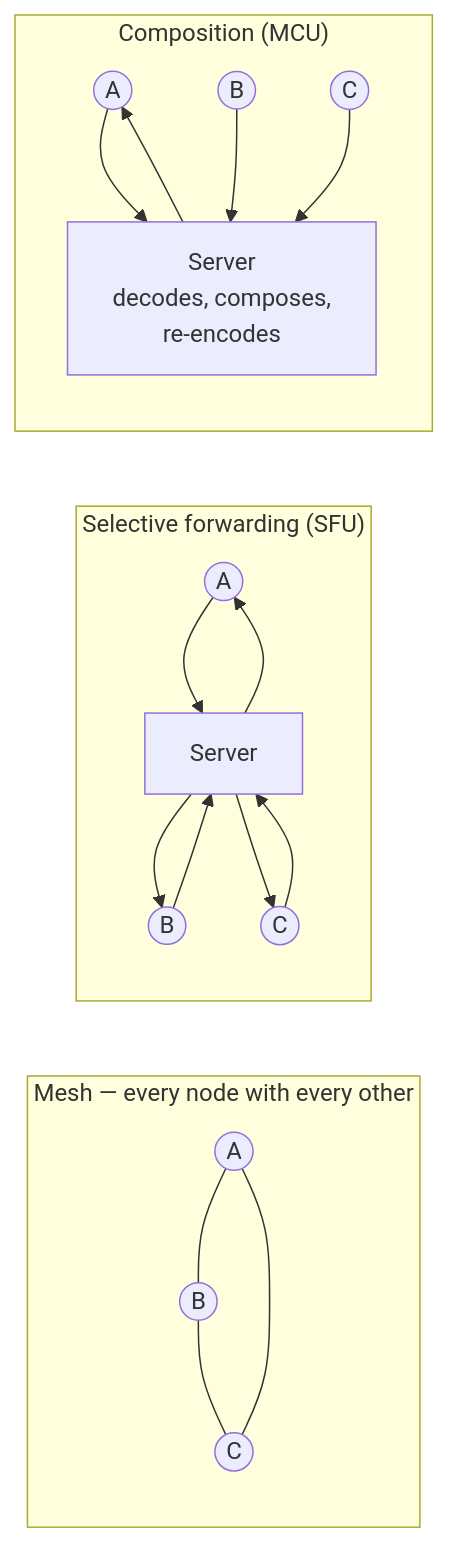
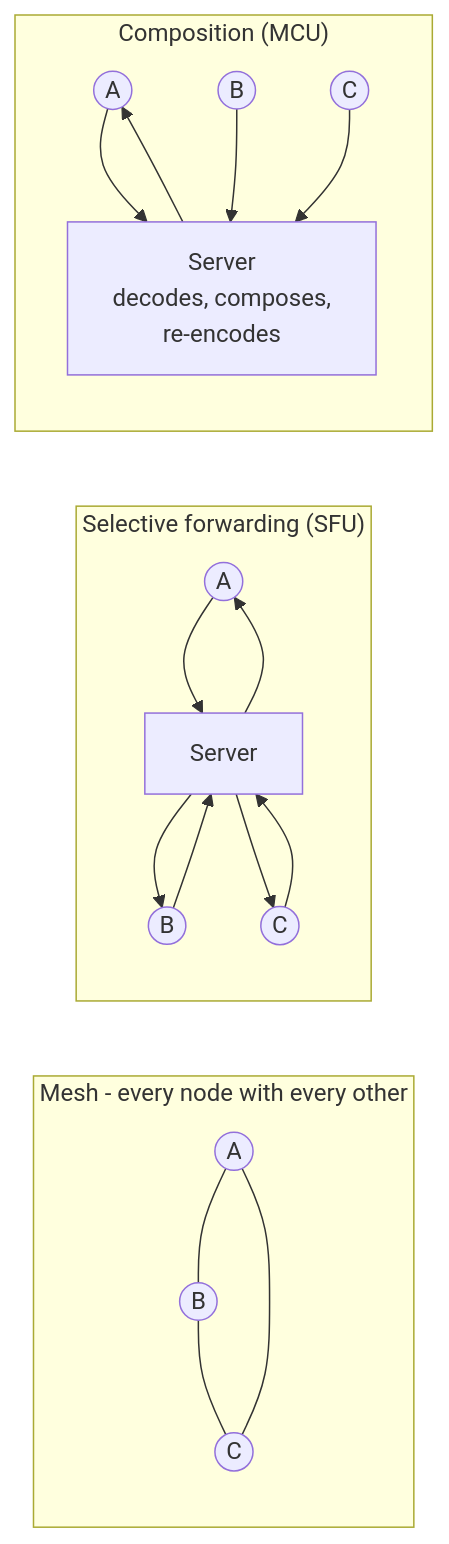
The fifth of 5 diagrams in website/i18n/en/docusaurus-plugin-content-docs/current/10_fondamenti/08-webrtc-da-zero.md (fedcal/Telemedic), drawn with Mermaid before and after one commit. The commit also changed other lines of this file and 301 other files, not shown here.

````diff
--- a/website/i18n/en/docusaurus-plugin-content-docs/current/10_fondamenti/08-webrtc-da-zero.md
+++ b/website/i18n/en/docusaurus-plugin-content-docs/current/10_fondamenti/08-webrtc-da-zero.md
@@ -1946,22 +1946,22 @@
 ```mermaid
 flowchart LR
-    subgraph M["Mesh — every node with every other"]
+    subgraph M["Mesh - every node with every other"]
         M1((A)) --- M2((B))
         M2 --- M3((C))
         M1 --- M3
     end
     subgraph S["Selective forwarding (SFU)"]
         S1((A)) --> SS[Server]
         S2((B)) --> SS
         S3((C)) --> SS
         SS --> S1
         SS --> S2
         SS --> S3
     end
     subgraph U["Composition (MCU)"]
         U1((A)) --> UU[Server<br/>decodes, composes,<br/>re-encodes]
         U2((B)) --> UU
         U3((C)) --> UU
         UU --> U1
     end
 ```
````
